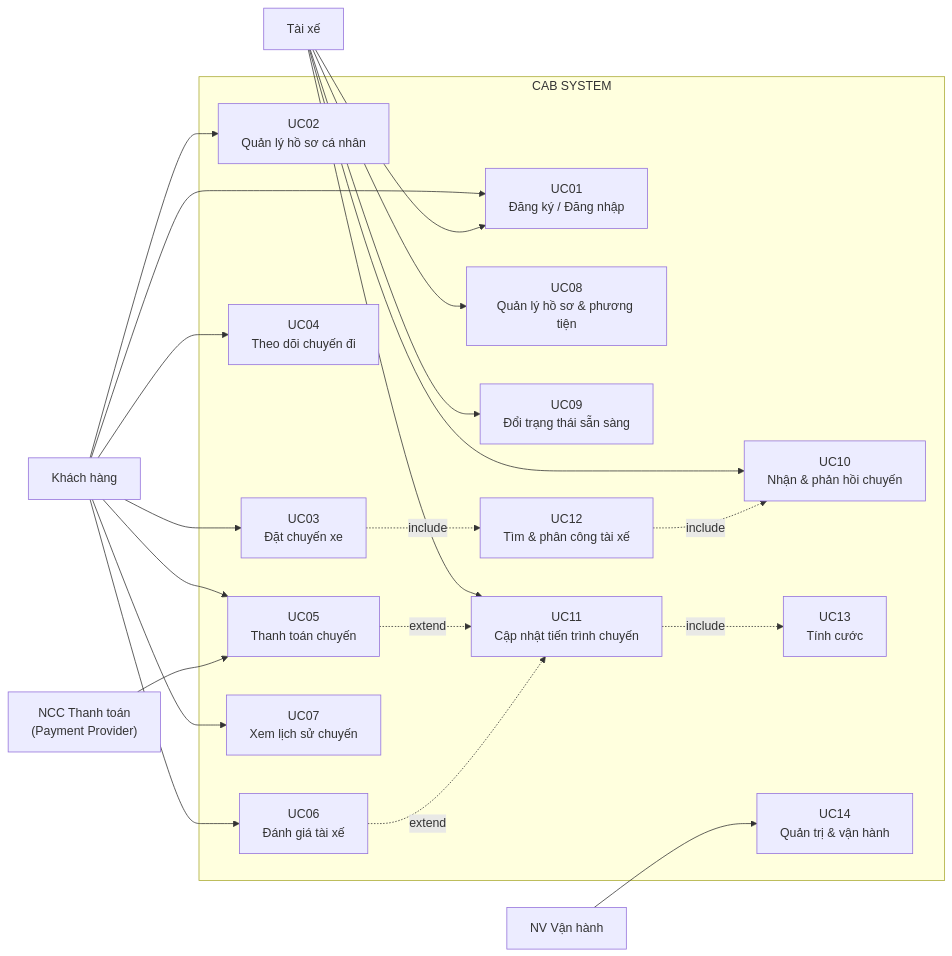
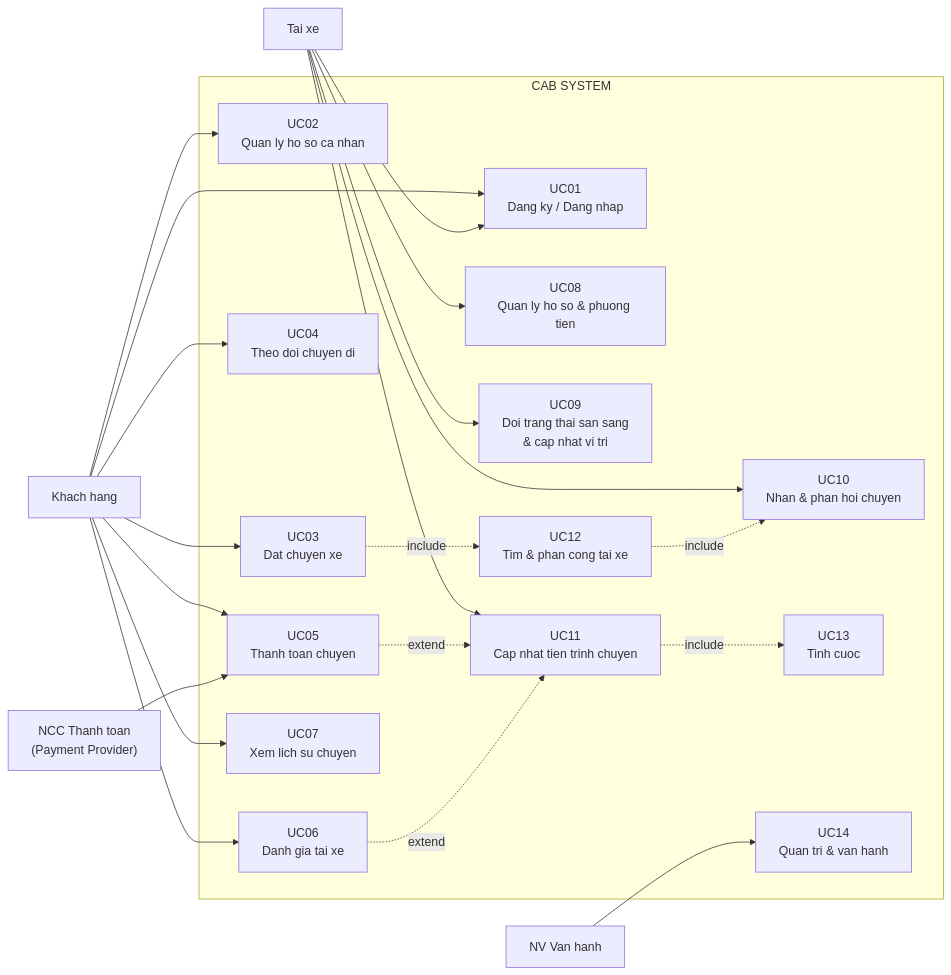
Before and after one commit to Ngoc-Giang/23639971_LamNgocGiang_CABSYSTEM: the third of 3 diagrams in srs.md, drawn with Mermaid. The commit also changed other lines of this file, not shown here.

````diff
--- a/srs.md
+++ b/srs.md
@@ -499,47 +537,47 @@
 ```mermaid
 flowchart LR
-    KH["Khách hàng"]
-    TX["Tài xế"]
-    NV["NV Vận hành"]
-    PP["NCC Thanh toán<br/>(Payment Provider)"]
+    KH["Khach hang"]
+    TX["Tai xe"]
+    NV["NV Van hanh"]
+    PP["NCC Thanh toan<br/>(Payment Provider)"]
 
     subgraph CAB["CAB SYSTEM"]
-        UC01["UC01<br/>Đăng ký / Đăng nhập"]
-        UC02["UC02<br/>Quản lý hồ sơ cá nhân"]
-        UC03["UC03<br/>Đặt chuyến xe"]
-        UC04["UC04<br/>Theo dõi chuyến đi"]
-        UC05["UC05<br/>Thanh toán chuyến"]
-        UC06["UC06<br/>Đánh giá tài xế"]
-        UC07["UC07<br/>Xem lịch sử chuyến"]
-        UC08["UC08<br/>Quản lý hồ sơ & phương tiện"]
-        UC09["UC09<br/>Đổi trạng thái sẵn sàng"]
-        UC10["UC10<br/>Nhận & phản hồi chuyến"]
-        UC11["UC11<br/>Cập nhật tiến trình chuyến"]
-        UC12["UC12<br/>Tìm & phân công tài xế"]
-        UC13["UC13<br/>Tính cước"]
-        UC14["UC14<br/>Quản trị & vận hành"]
+        UC01["UC01<br/>Dang ky / Dang nhap"]
+        UC02["UC02<br/>Quan ly ho so ca nhan"]
+        UC03["UC03<br/>Dat chuyen xe"]
+        UC04["UC04<br/>Theo doi chuyen di"]
+        UC05["UC05<br/>Thanh toan chuyen"]
+        UC06["UC06<br/>Danh gia tai xe"]
+        UC07["UC07<br/>Xem lich su chuyen"]
+        UC08["UC08<br/>Quan ly ho so & phuong tien"]
+        UC09["UC09<br/>Doi trang thai san sang<br/>& cap nhat vi tri"]
+        UC10["UC10<br/>Nhan & phan hoi chuyen"]
+        UC11["UC11<br/>Cap nhat tien trinh chuyen"]
+        UC12["UC12<br/>Tim & phan cong tai xe"]
+        UC13["UC13<br/>Tinh cuoc"]
+        UC14["UC14<br/>Quan tri & van hanh"]
     end
 
     KH --> UC01
     KH --> UC02
     KH --> UC03
     KH --> UC04
     KH --> UC05
     KH --> UC06
     KH --> UC07
 
     TX --> UC01
     TX --> UC08
     TX --> UC09
     TX --> UC10
     TX --> UC11
 
     NV --> UC14
     PP --> UC05
 
     UC03 -.->|include| UC12
     UC12 -.->|include| UC10
     UC11 -.->|include| UC13
     UC05 -.->|extend| UC11
     UC06 -.->|extend| UC11
 ```
````
